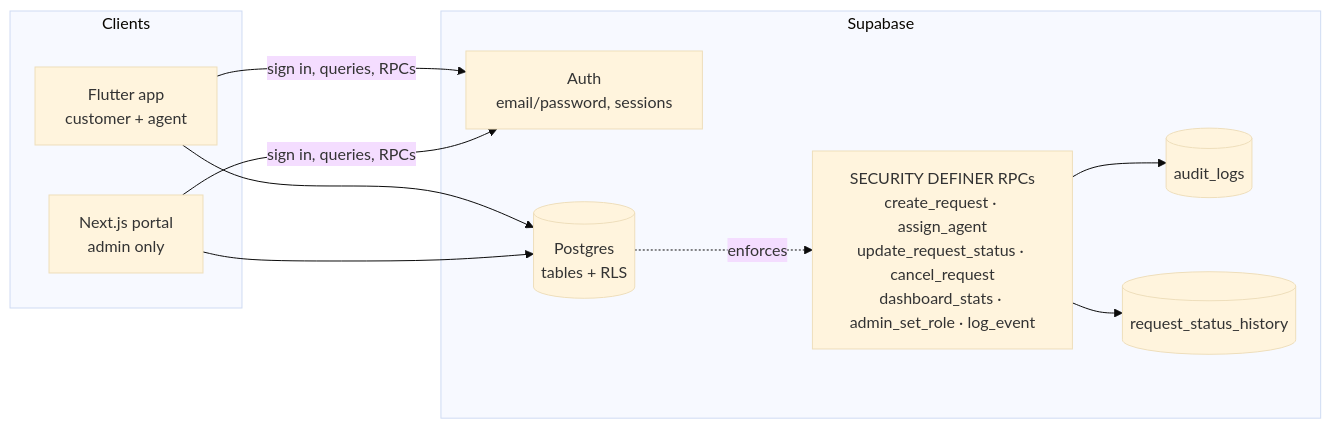
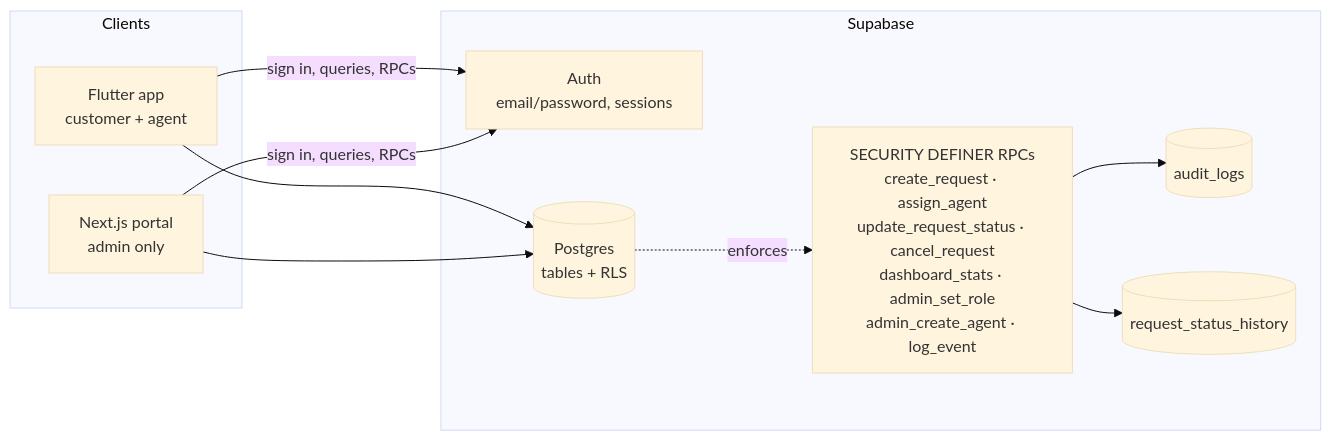
The diagram in docs/architecture.md (Yashthakare58948/QuickServe_App), drawn with Mermaid (base theme) before and after one commit. The commit also changed 9 other files, not shown here.

````diff
--- a/docs/architecture.md
+++ b/docs/architecture.md
@@ -10,23 +10,23 @@
 ```mermaid
 flowchart LR
     subgraph Client["Clients"]
         M["Flutter app<br/>customer + agent"]
         A["Next.js portal<br/>admin only"]
     end
 
     subgraph SB["Supabase"]
         AUTH["Auth<br/>email/password, sessions"]
         PG[("Postgres<br/>tables + RLS")]
-        RPC["SECURITY DEFINER RPCs<br/>create_request · assign_agent<br/>update_request_status · cancel_request<br/>dashboard_stats · admin_set_role · log_event"]
+        RPC["SECURITY DEFINER RPCs<br/>create_request · assign_agent<br/>update_request_status · cancel_request<br/>dashboard_stats · admin_set_role<br/>admin_create_agent · log_event"]
         AUD[(audit_logs)]
         HIST[(request_status_history)]
     end
 
     M -->|sign in, queries, RPCs| AUTH
     A -->|sign in, queries, RPCs| AUTH
     M --> PG
     A --> PG
     PG -.enforces.-> RPC
     RPC --> AUD
     RPC --> HIST
 ```
````
